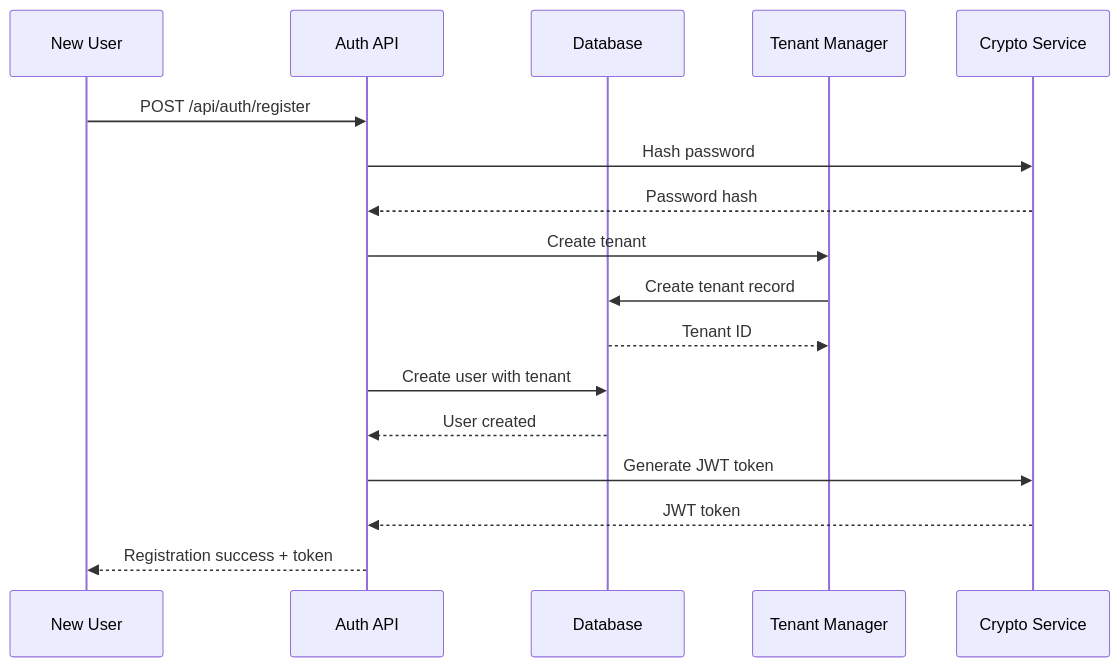
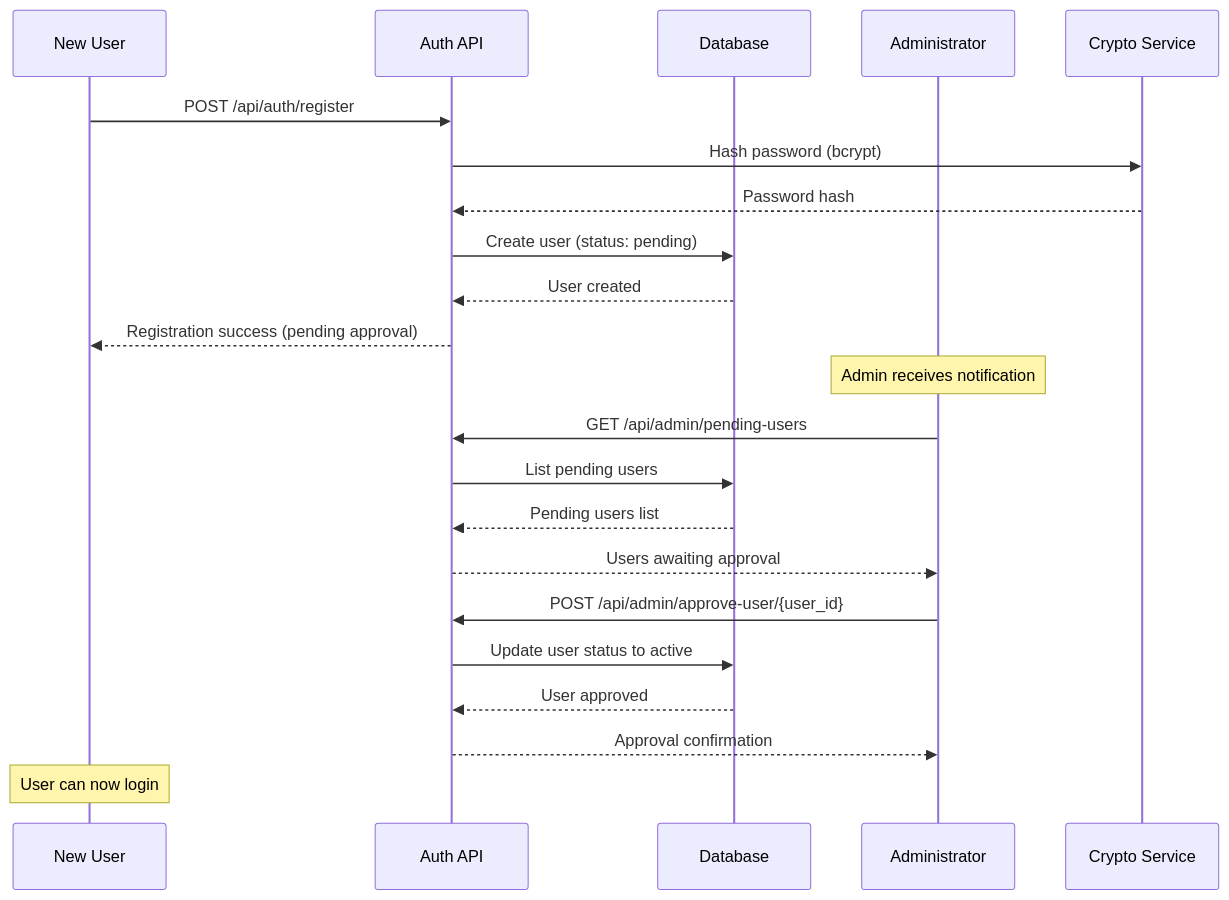
The third of 5 diagrams in docs/developer-guide/06-authentication.md (Async-IO/pierre_mcp_server), drawn with Mermaid before and after one commit. The commit also changed other lines of this file and 4 other files, not shown here.

````diff
--- a/docs/developer-guide/06-authentication.md
+++ b/docs/developer-guide/06-authentication.md
@@ -162,24 +161,30 @@
 ```mermaid
 sequenceDiagram
     participant User as New User
     participant API as Auth API
     participant DB as Database
-    participant Tenant as Tenant Manager
+    participant Admin as Administrator
     participant Crypto as Crypto Service
     
     User->>API: POST /api/auth/register
-    API->>Crypto: Hash password
+    API->>Crypto: Hash password (bcrypt)
     Crypto-->>API: Password hash
     
-    API->>Tenant: Create tenant
-    Tenant->>DB: Create tenant record
-    DB-->>Tenant: Tenant ID
-    
-    API->>DB: Create user with tenant
+    API->>DB: Create user (status: pending)
     DB-->>API: User created
     
-    API->>Crypto: Generate JWT token
-    Crypto-->>API: JWT token
+    API-->>User: Registration success (pending approval)
     
-    API-->>User: Registration success + token
+    Note over Admin: Admin receives notification
+    Admin->>API: GET /api/admin/pending-users
+    API->>DB: List pending users
+    DB-->>API: Pending users list
+    API-->>Admin: Users awaiting approval
+    
+    Admin->>API: POST /api/admin/approve-user/{user_id}
+    API->>DB: Update user status to active
+    DB-->>API: User approved
+    API-->>Admin: Approval confirmation
+    
+    Note over User: User can now login
 ```
````
